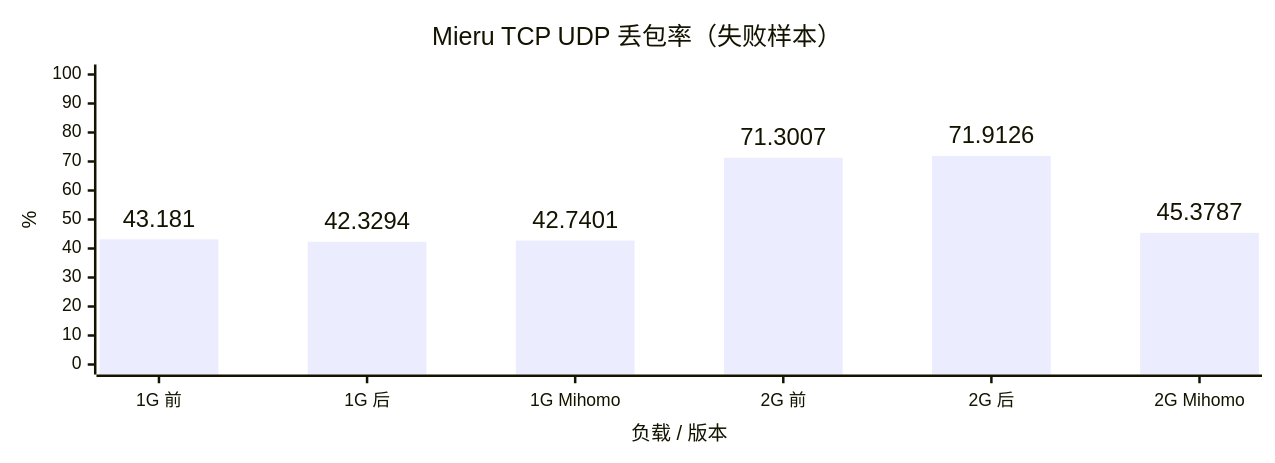
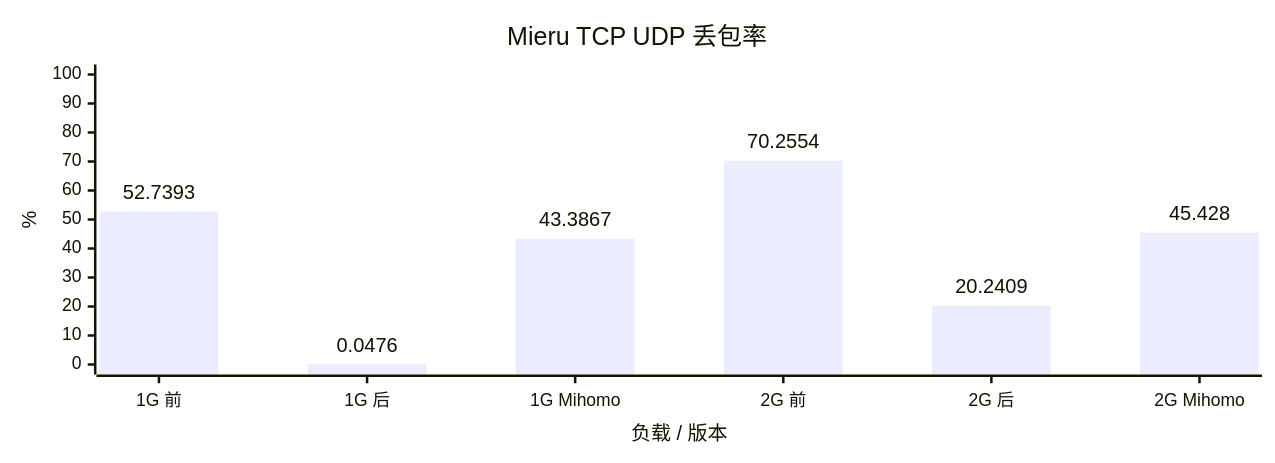
Before and after one commit to YuanDevTeam/Vole: the fourth of 8 diagrams in docs/benchmark.md, drawn with Mermaid. The commit also changed other lines of this file, not shown here.

Commit message:
docs: update Mieru TUN comparison results

````diff
--- a/docs/benchmark.md
+++ b/docs/benchmark.md
@@ -71,15 +69,15 @@
 ```mermaid
 ---
 config:
   xyChart:
     width: 1000
     height: 350
     showDataLabel: true
     showDataLabelOutsideBar: true
 ---
 xychart
-    title "Mieru TCP UDP 丢包率（失败样本）"
+    title "Mieru TCP UDP 丢包率"
     x-axis "负载 / 版本" ["1G 前", "1G 后", "1G Mihomo", "2G 前", "2G 后", "2G Mihomo"]
     y-axis "%" 0 --> 100
-    bar [43.1810, 42.3294, 42.7401, 71.3007, 71.9126, 45.3787]
+    bar [52.7393, 0.0476, 43.3867, 70.2554, 20.2409, 45.4280]
 ```
````
